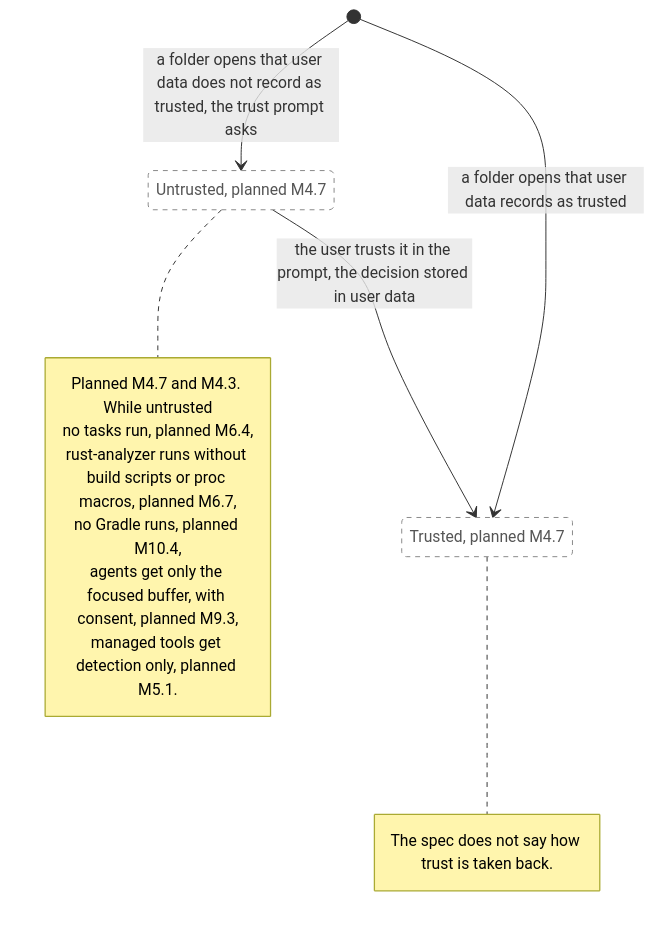
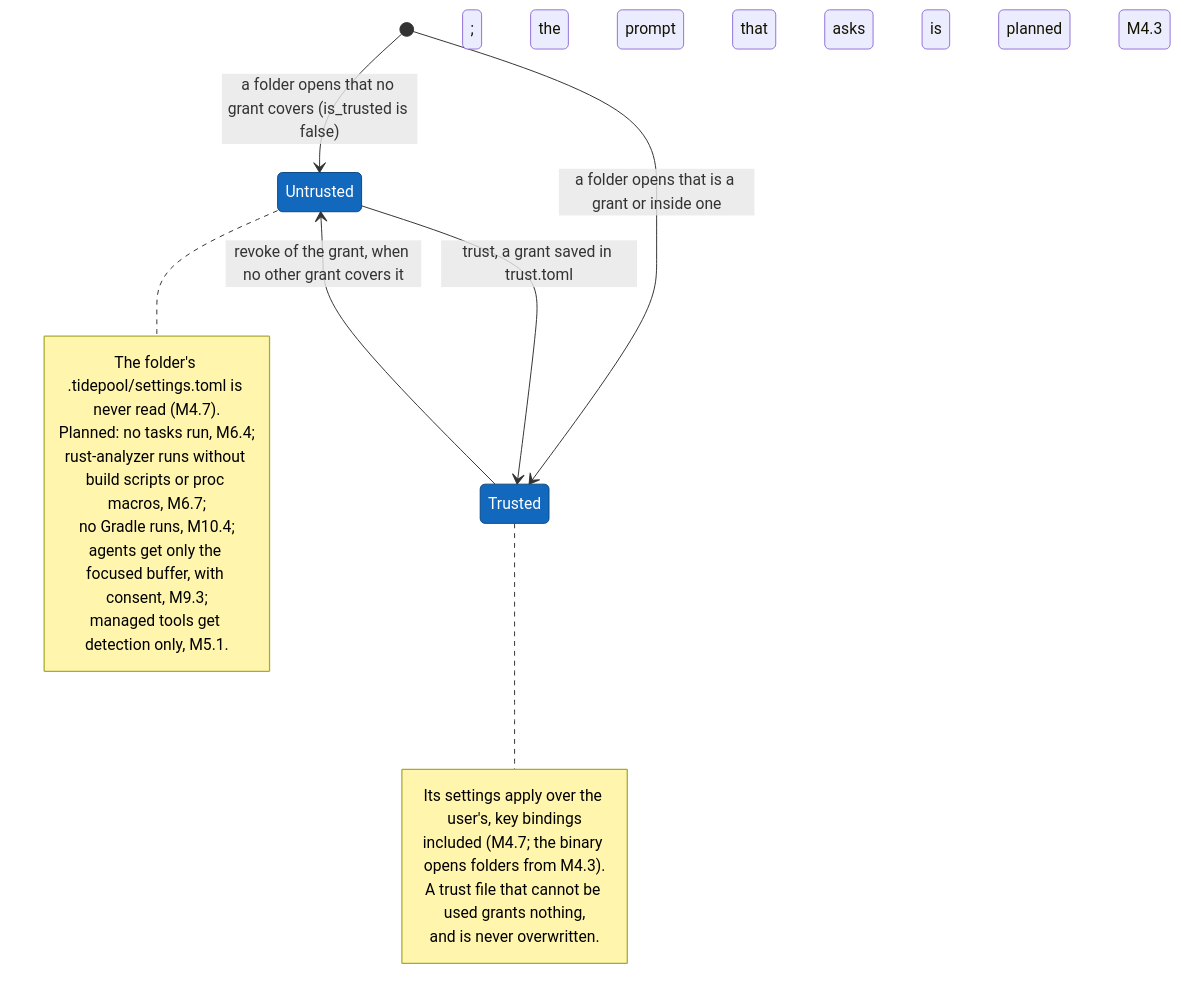
Before and after one commit to jabbott-iii/Tidepool: diagram 12 of 19 in diagrams/data-flow-and-state.md, drawn with Mermaid. The commit also changed other lines of this file and 54 other files, not shown here.

First line of the commit message:
feat(workspace,app): folders, ignore files, trust and settings (M4.7)

````diff
--- a/diagrams/data-flow-and-state.md
+++ b/diagrams/data-flow-and-state.md
@@ -597,24 +601,28 @@
 ```mermaid
 stateDiagram-v2
-    state "Untrusted, planned M4.7" as untrusted
-    state "Trusted, planned M4.7" as trusted
+    state "Untrusted" as untrusted
+    state "Trusted" as trusted
 
-    [*] --> untrusted: a folder opens that user data does not record as trusted, the trust prompt asks
-    [*] --> trusted: a folder opens that user data records as trusted
-    untrusted --> trusted: the user trusts it in the prompt, the decision stored in user data
+    [*] --> untrusted: a folder opens that no grant covers (is_trusted is false)
+    [*] --> trusted: a folder opens that is a grant or inside one
+    untrusted --> trusted: trust, a grant saved in trust.toml; the prompt that asks is planned M4.3
+    trusted --> untrusted: revoke of the grant, when no other grant covers it
 
     note right of untrusted
-        Planned M4.7 and M4.3. While untrusted
-        no tasks run, planned M6.4,
-        rust-analyzer runs without build scripts or proc macros, planned M6.7,
-        no Gradle runs, planned M10.4,
-        agents get only the focused buffer, with consent, planned M9.3,
-        managed tools get detection only, planned M5.1.
+        The folder's .tidepool/settings.toml is never read (M4.7).
+        Planned: no tasks run, M6.4;
+        rust-analyzer runs without build scripts or proc macros, M6.7;
+        no Gradle runs, M10.4;
+        agents get only the focused buffer, with consent, M9.3;
+        managed tools get detection only, M5.1.
     end note
     note right of trusted
-        The spec does not say how trust is taken back.
+        Its settings apply over the user's, key bindings
+        included (M4.7; the binary opens folders from M4.3).
+        A trust file that cannot be used grants nothing,
+        and is never overwritten.
     end note
 
-    classDef planned fill:#ffffff,stroke:#888888,stroke-dasharray: 5 5,color:#555555
-    class untrusted, trusted planned
+    classDef built fill:#1168bd,stroke:#0b4884,color:#ffffff
+    class untrusted, trusted built
 ```
````
